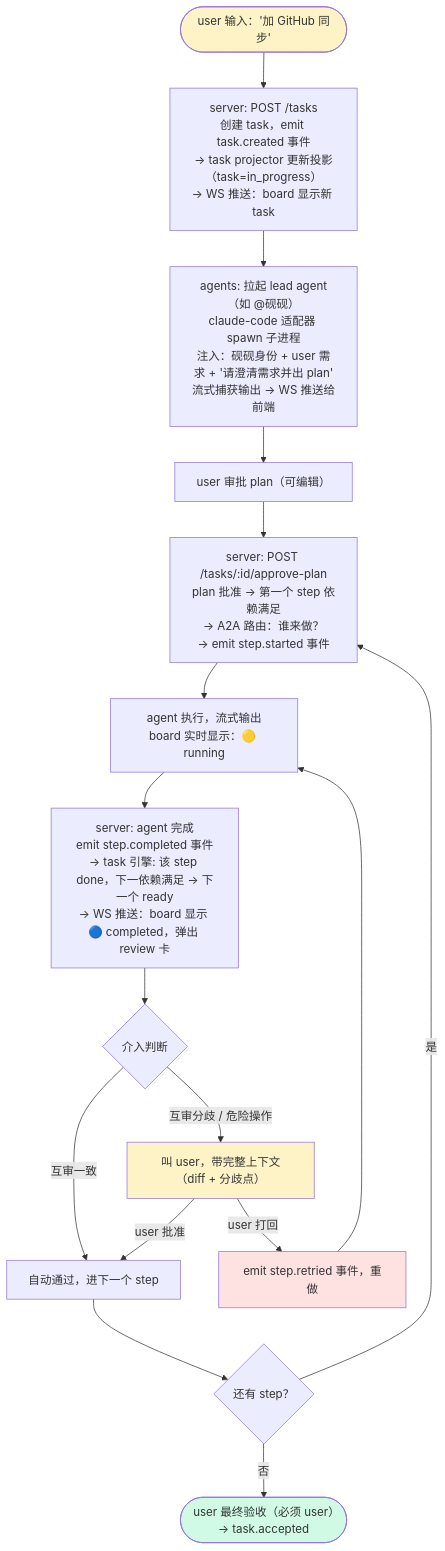
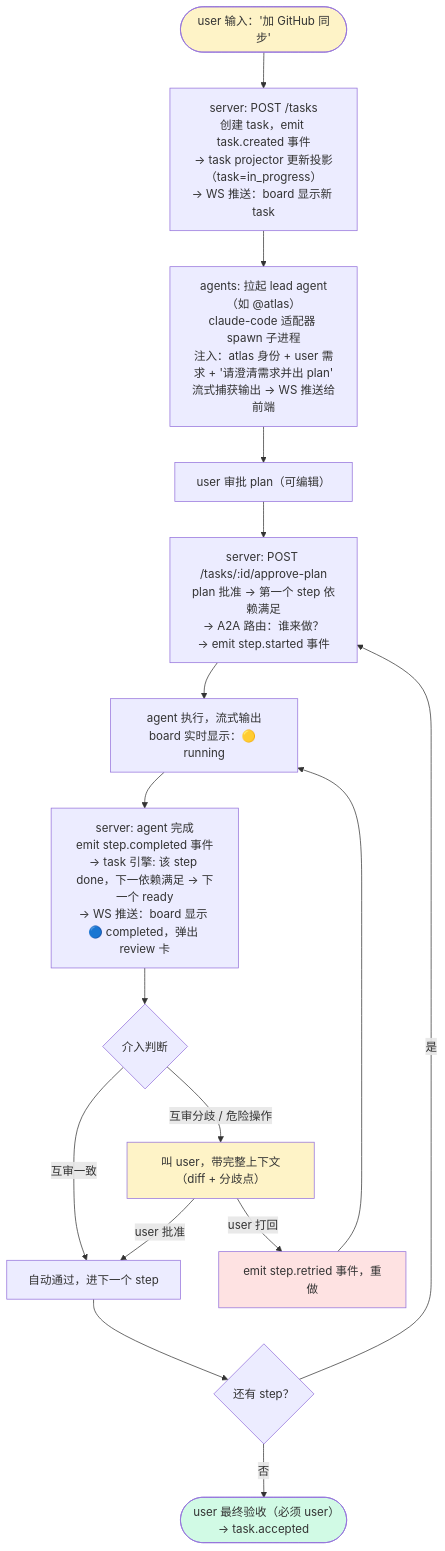
The third of 3 diagrams in docs/technical/architecture.md (Chase0310/fireit), drawn with Mermaid before and after one commit. The commit also changed other lines of this file and 1 other file, not shown here.

First line of the commit message:
docs: 示例 agent 名换掉抄来的（宪宪/砚砚→Atlas），性格/专长原创

````diff
--- a/docs/technical/architecture.md
+++ b/docs/technical/architecture.md
@@ -296,44 +296,44 @@
 ```mermaid
 flowchart TD
     Start(["user 输入：'加 GitHub 同步'"]) --> R1
 
     R1["server: POST /tasks
 创建 task，emit task.created 事件
 → task projector 更新投影（task=in_progress）
 → WS 推送：board 显示新 task"] --> R2
 
-    R2["agents: 拉起 lead agent（如 @砚砚）
+    R2["agents: 拉起 lead agent（如 @atlas）
 claude-code 适配器 spawn 子进程
-注入：砚砚身份 + user 需求 + '请澄清需求并出 plan'
+注入：atlas 身份 + user 需求 + '请澄清需求并出 plan'
 流式捕获输出 → WS 推送给前端"] --> R3
 
     R3["user 审批 plan（可编辑）"] --> R4
 
     R4["server: POST /tasks/:id/approve-plan
 plan 批准 → 第一个 step 依赖满足
 → A2A 路由：谁来做？
 → emit step.started 事件"] --> R5
 
     R5["agent 执行，流式输出
 board 实时显示：🟡 running"] --> R6
 
     R6["server: agent 完成
 emit step.completed 事件
 → task 引擎: 该 step done，下一依赖满足 → 下一个 ready
 → WS 推送：board 显示 🔵 completed，弹出 review 卡"] --> R7
 
     R7{"介入判断"} -->|"互审一致"| R8["自动通过，进下一个 step"]
     R7 -->|"互审分歧 / 危险操作"| R8b["叫 user，带完整上下文（diff + 分歧点）"]
     R8b -->|"user 批准"| R8
     R8b -->|"user 打回"| Retry["emit step.retried 事件，重做"]
     Retry --> R5
 
     R8 --> More{"还有 step？"}
     More -->|"是"| R4
     More -->|"否"| End(["user 最终验收（必须 user）→ task.accepted"])
 
     style Start fill:#fef3c7
     style End fill:#d1fae5
     style Retry fill:#fee2e2
     style R8b fill:#fef3c7
 ```
````
